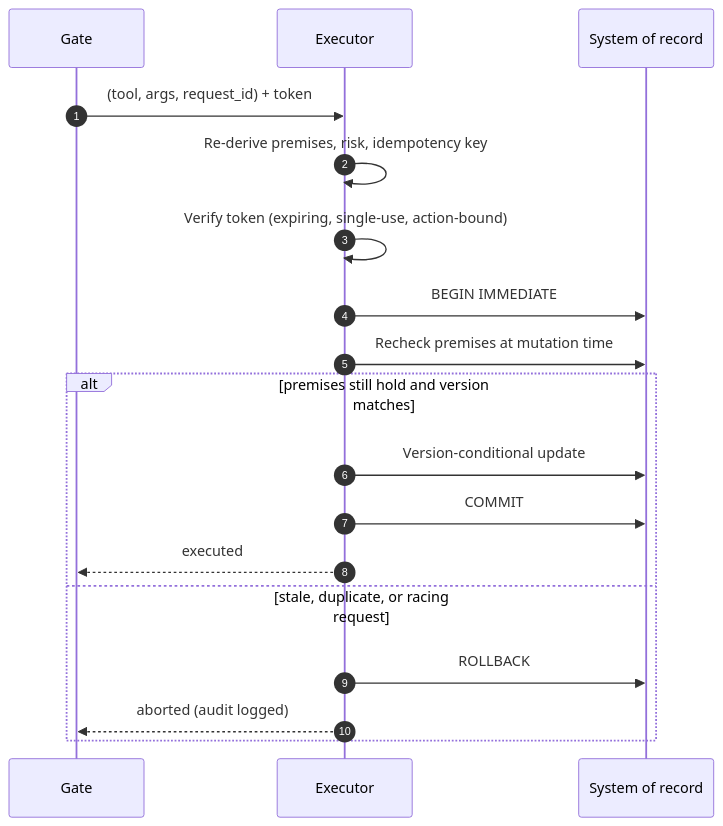
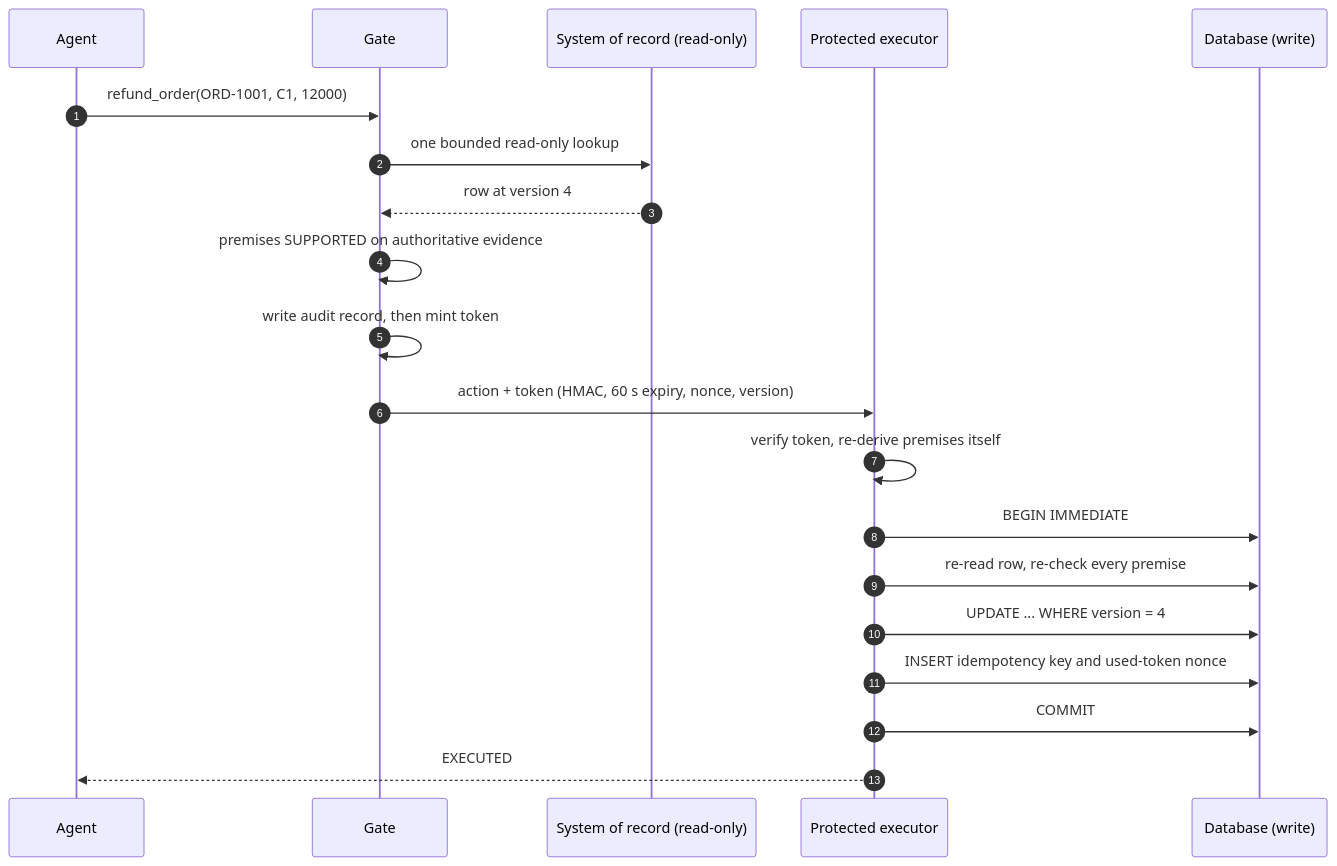
The fourth of 6 diagrams in README.md (DharmiSapariya/GroundGate), drawn with Mermaid before and after one commit. The commit also changed other lines of this file, not shown here.

````diff
--- a/README.md
+++ b/README.md
@@ -210,20 +117,22 @@
 ```mermaid
 sequenceDiagram
-    autonumber
-    participant G as Gate
-    participant E as Executor
-    participant D as System of record
-    G->>E: (tool, args, request_id) + token
-    E->>E: Re-derive premises, risk, idempotency key
-    E->>E: Verify token (expiring, single-use, action-bound)
-    E->>D: BEGIN IMMEDIATE
-    E->>D: Recheck premises at mutation time
-    alt premises still hold and version matches
-        E->>D: Version-conditional update
-        E->>D: COMMIT
-        E-->>G: executed
-    else stale, duplicate, or racing request
-        E->>D: ROLLBACK
-        E-->>G: aborted (audit logged)
-    end
+  autonumber
+  participant A as Agent
+  participant G as Gate
+  participant S as System of record (read-only)
+  participant X as Protected executor
+  participant D as Database (write)
+  A->>G: refund_order(ORD-1001, C1, 12000)
+  G->>S: one bounded read-only lookup
+  S-->>G: row at version 4
+  G->>G: premises SUPPORTED on authoritative evidence
+  G->>G: write audit record, then mint token
+  G->>X: action + token (HMAC, 60 s expiry, nonce, version)
+  X->>X: verify token, re-derive premises itself
+  X->>D: BEGIN IMMEDIATE
+  X->>D: re-read row, re-check every premise
+  X->>D: UPDATE ... WHERE version = 4
+  X->>D: INSERT idempotency key and used-token nonce
+  X->>D: COMMIT
+  X-->>A: EXECUTED
 ```
````
